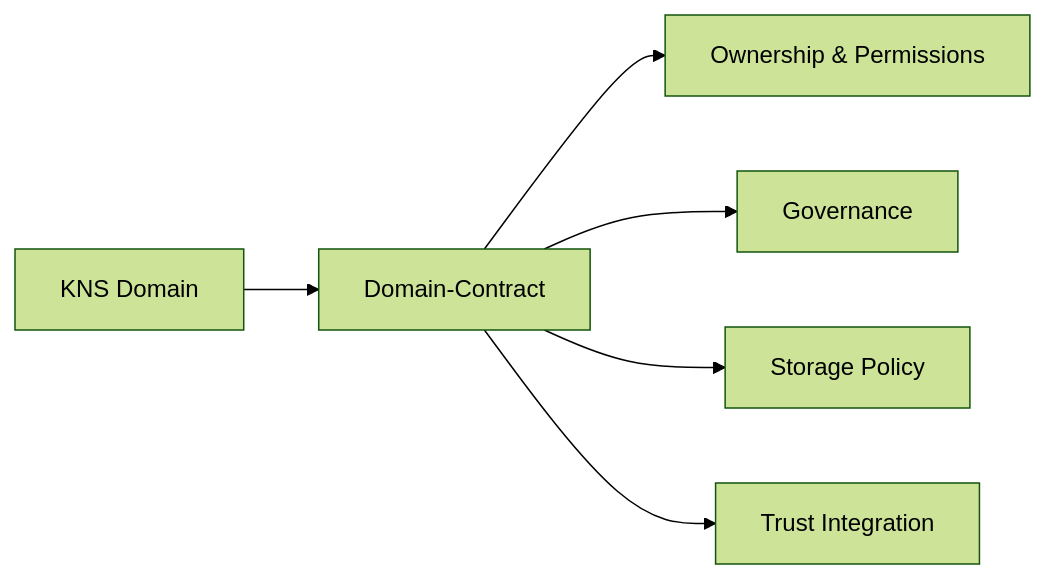
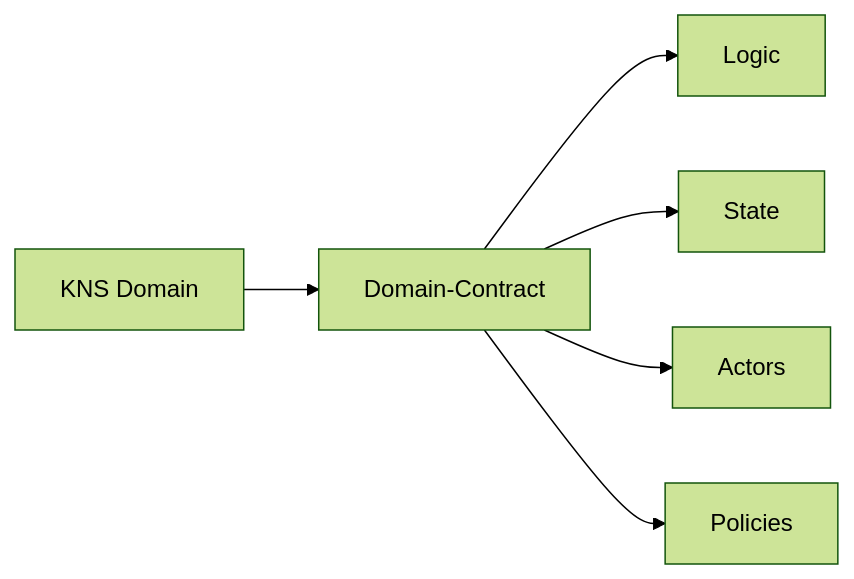
One commit to vossen90/-kaspa-browser-ktrust changed the third of 7 diagrams in README.md. Above: the diagram before and after it, drawn with Mermaid (forest theme). The commit also changed other lines of this file, not shown here.

````diff
--- a/README.md
+++ b/README.md
@@ -138,8 +62,8 @@
 ```mermaid
 flowchart LR
     A["KNS Domain"] --> B["Domain-Contract"]
-    B --> C["Ownership & Permissions"]
-    B --> D["Governance"]
-    B --> E["Storage Policy"]
-    B --> F["Trust Integration"]
+    B --> C["Logic"]
+    B --> D["State"]
+    B --> E["Actors"]
+    B --> F["Policies"]
 ```
````
